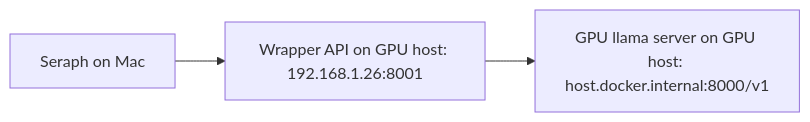
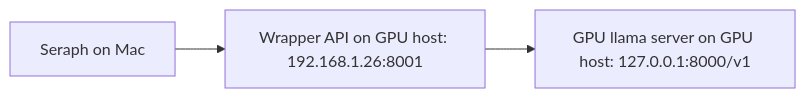
The second of 2 diagrams in README.md (seraph-quest/vlm-screenshot-server), drawn with Mermaid before and after one commit. The commit also changed other lines of this file and 3 other files, not shown here.

Commit message:
Use host networking for GPU wrapper (#6)

````diff
--- a/README.md
+++ b/README.md
@@ -28,5 +28,5 @@
 ```mermaid
 flowchart LR
   A["Seraph on Mac"] --> B["Wrapper API on GPU host: 192.168.1.26:8001"]
-  B --> C["GPU llama server on GPU host: host.docker.internal:8000/v1"]
+  B --> C["GPU llama server on GPU host: 127.0.0.1:8000/v1"]
 ```
````
